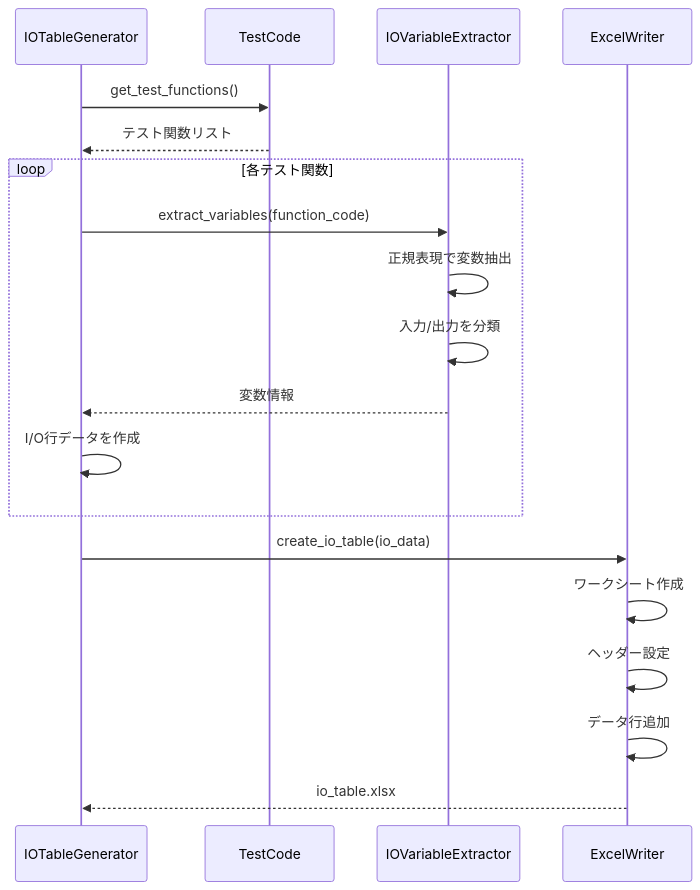
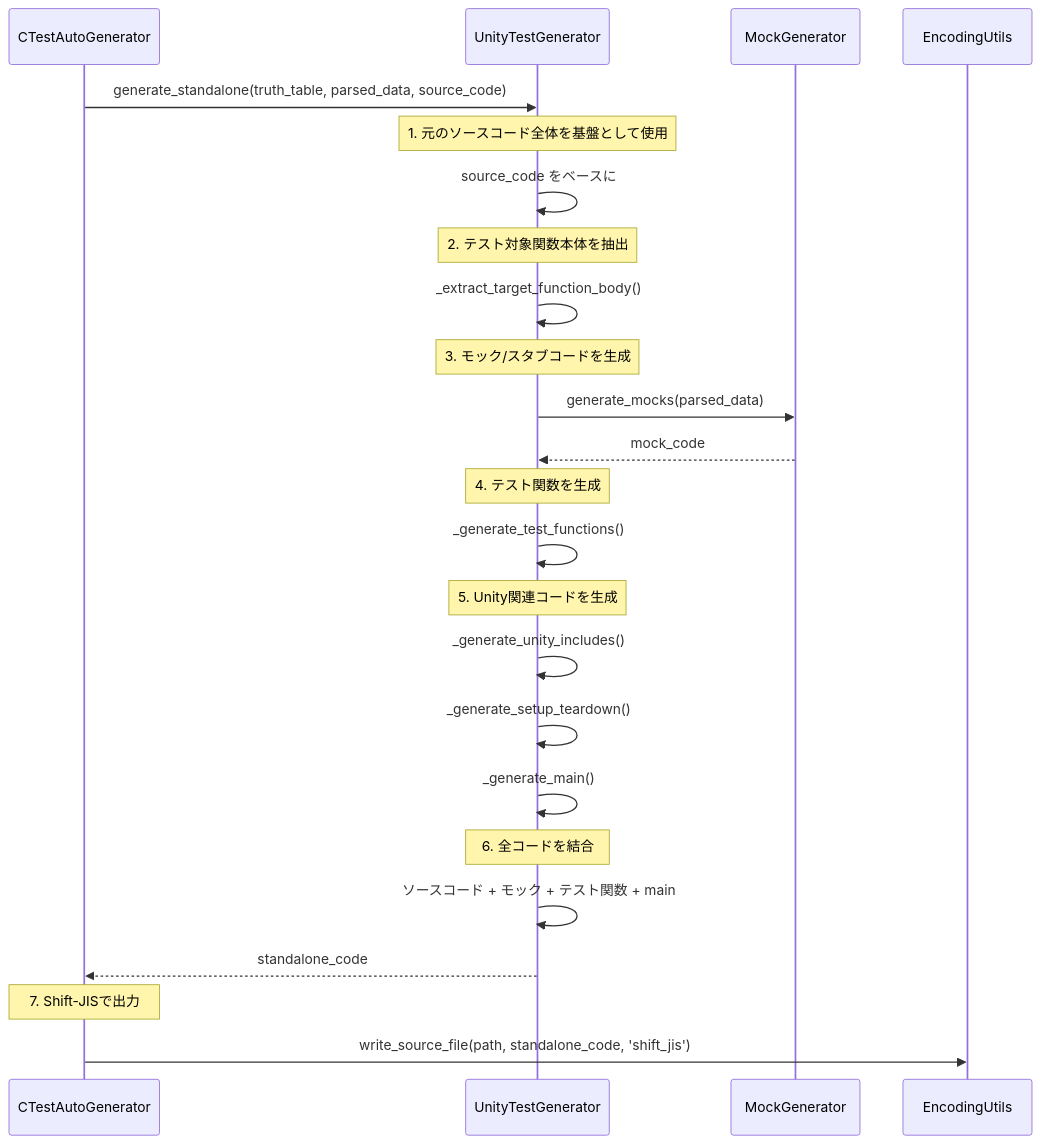
The seventh of 7 diagrams in doc/design_sequence_diagram.md (ryu5791/AutoUniTestGen), drawn with Mermaid before and after one commit. The commit also changed other lines of this file and 4 other files, not shown here.

````diff
--- a/doc/design_sequence_diagram.md
+++ b/doc/design_sequence_diagram.md
@@ -195,25 +318,35 @@
 ```mermaid
 sequenceDiagram
-    participant IOGen as IOTableGenerator
-    participant TestCode as TestCode
-    participant Parser as IOVariableExtractor
-    participant Excel as ExcelWriter
+    participant Main as CTestAutoGenerator
+    participant TestGen as UnityTestGenerator
+    participant MockGen as MockGenerator
+    participant Encoding as EncodingUtils
+
+    Main->>TestGen: generate_standalone(truth_table, parsed_data, source_code)
     
-    IOGen->>TestCode: get_test_functions()
-    TestCode-->>IOGen: テスト関数リスト
+    Note over TestGen: 1. 元のソースコード全体を基盤として使用
+    TestGen->>TestGen: source_code をベースに
     
-    loop 各テスト関数
-        IOGen->>Parser: extract_variables(function_code)
-        Parser->>Parser: 正規表現で変数抽出
-        Parser->>Parser: 入力/出力を分類
-        Parser-->>IOGen: 変数情報
-        
-        IOGen->>IOGen: I/O行データを作成
-    end
+    Note over TestGen: 2. テスト対象関数本体を抽出
+    TestGen->>TestGen: _extract_target_function_body()
     
-    IOGen->>Excel: create_io_table(io_data)
-    Excel->>Excel: ワークシート作成
-    Excel->>Excel: ヘッダー設定
-    Excel->>Excel: データ行追加
-    Excel-->>IOGen: io_table.xlsx
+    Note over TestGen: 3. モック/スタブコードを生成
+    TestGen->>MockGen: generate_mocks(parsed_data)
+    MockGen-->>TestGen: mock_code
+    
+    Note over TestGen: 4. テスト関数を生成
+    TestGen->>TestGen: _generate_test_functions()
+    
+    Note over TestGen: 5. Unity関連コードを生成
+    TestGen->>TestGen: _generate_unity_includes()
+    TestGen->>TestGen: _generate_setup_teardown()
+    TestGen->>TestGen: _generate_main()
+    
+    Note over TestGen: 6. 全コードを結合
+    TestGen->>TestGen: ソースコード + モック + テスト関数 + main
+    
+    TestGen-->>Main: standalone_code
+    
+    Note over Main: 7. Shift-JISで出力
+    Main->>Encoding: write_source_file(path, standalone_code, 'shift_jis')
 ```
````
